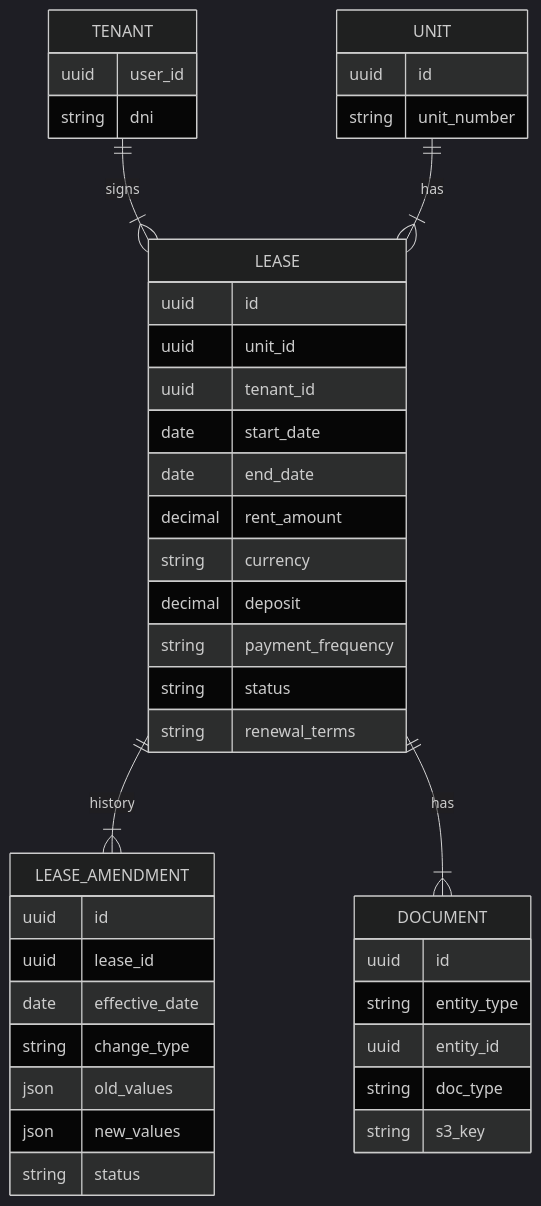
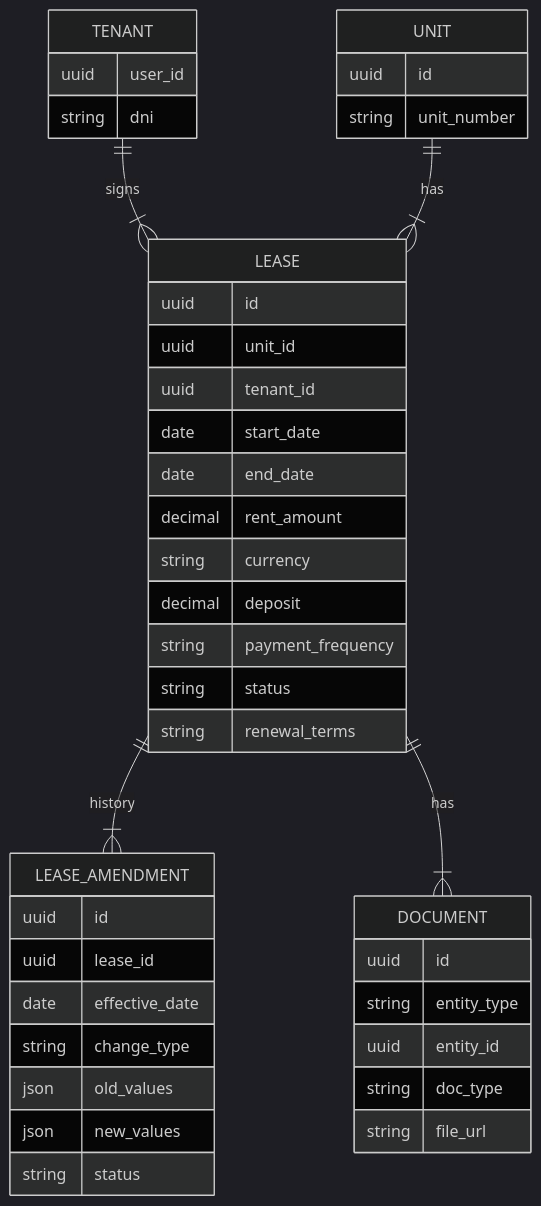
Before and after one commit to andrescastiglia/rent: the third of 10 diagrams in docs/technical/der.md, drawn with Mermaid (dark theme). The commit also changed other lines of this file and 47 other files, not shown here.

````diff
--- a/docs/technical/der.md
+++ b/docs/technical/der.md
@@ -127,49 +127,49 @@
 ```mermaid
 erDiagram
     TENANT ||--|{ LEASE : signs
     UNIT ||--|{ LEASE : has
     LEASE ||--|{ LEASE_AMENDMENT : history
     LEASE ||--|{ DOCUMENT : has
 
     TENANT {
         uuid user_id
         string dni
     }
 
     UNIT {
         uuid id
         string unit_number
     }
 
     LEASE {
         uuid id
         uuid unit_id
         uuid tenant_id
         date start_date
         date end_date
         decimal rent_amount
         string currency
         decimal deposit
         string payment_frequency
         string status
         string renewal_terms
     }
 
     LEASE_AMENDMENT {
         uuid id
         uuid lease_id
         date effective_date
         string change_type
         json old_values
         json new_values
         string status
     }
 
     DOCUMENT {
         uuid id
         string entity_type
         uuid entity_id
         string doc_type
-        string s3_key
+        string file_url
     }
 ```
````
